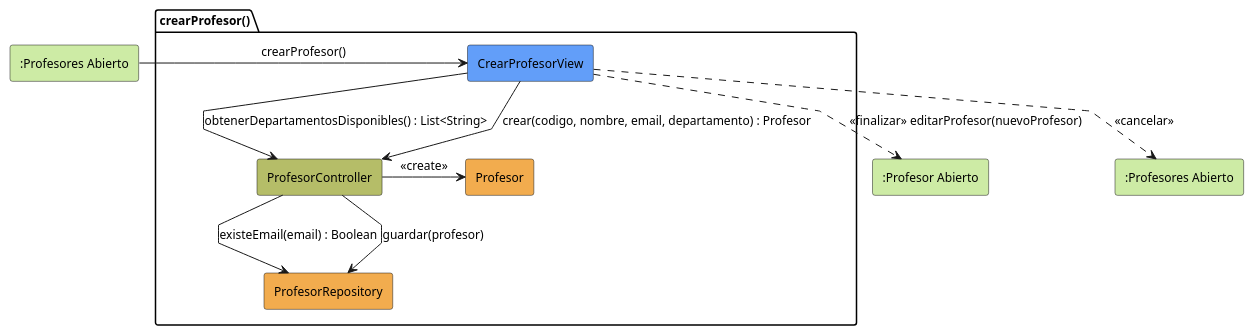
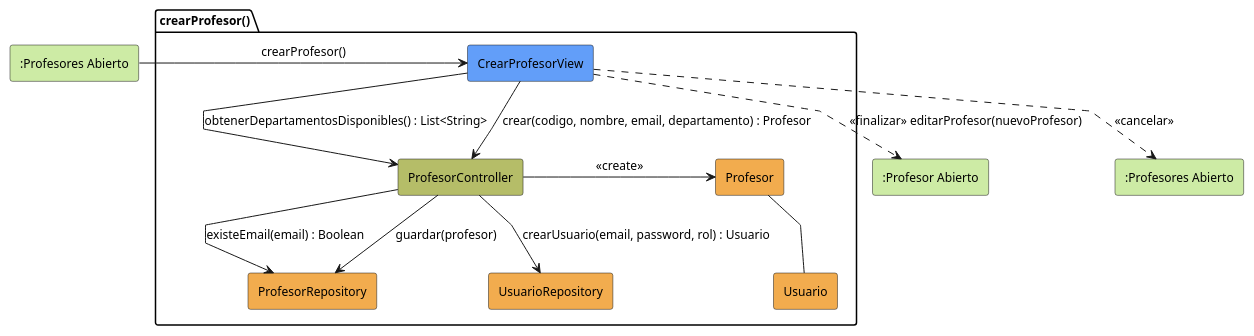
Before and after one commit to carlos-alvarado-25/25-26-idsw2-sdVC: the diagram in modelosUML/01-analisis/casos-uso/crearProfesor/colaboracion.puml, drawn with PlantUML. The commit also changed 30 other files, not shown here.

First line of the commit message:
feat: add usuario association to alumno and profesor entities

```diff
--- a/modelosUML/01-analisis/casos-uso/crearProfesor/colaboracion.puml
+++ b/modelosUML/01-analisis/casos-uso/crearProfesor/colaboracion.puml
@@ -1,33 +1,38 @@
 @startuml crearProfesor-analisis
 skinparam backgroundColor white
 skinparam shadowing false
 skinparam DefaultFontColor black
 skinparam DefaultFontSize 12
 skinparam linetype polyline
 
 rectangle #CDEBA5 ":Profesores Abierto" as ProfesoresAbierto
 
 package crearProfesor as "crearProfesor()" {
     rectangle #629EF9 CrearProfesorView
     rectangle #b5bd68 ProfesorController
     rectangle #F2AC4E ProfesorRepository
+    rectangle #F2AC4E UsuarioRepository
     rectangle #F2AC4E Profesor
+    rectangle #F2AC4E Usuario
 }
 
 rectangle #CDEBA5 ":Profesor Abierto" as ProfesorAbierto
 rectangle #CDEBA5 ":Profesores Abierto" as ProfesoresAbiertoSalida
 
 ProfesoresAbierto -r-> CrearProfesorView: crearProfesor()
 
 CrearProfesorView -d-> ProfesorController: obtenerDepartamentosDisponibles() : List<String>
 
 CrearProfesorView -d-> ProfesorController: crear(codigo, nombre, email, departamento) : Profesor
 
 ProfesorController -d-> ProfesorRepository: existeEmail(email) : Boolean
+ProfesorController -d-> UsuarioRepository: crearUsuario(email, password, rol) : Usuario
 ProfesorController -r-> Profesor: <<create>>
 ProfesorController -d-> ProfesorRepository: guardar(profesor)
+
+Profesor -- Usuario
 
 CrearProfesorView ..> ProfesorAbierto: <<finalizar>> editarProfesor(nuevoProfesor)
 CrearProfesorView ..> ProfesoresAbiertoSalida: <<cancelar>>
 
 @enduml
```
